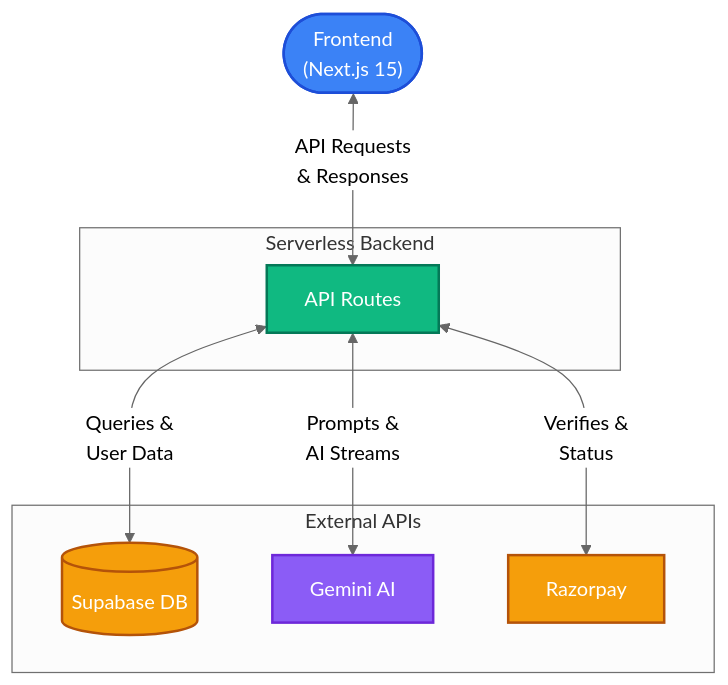
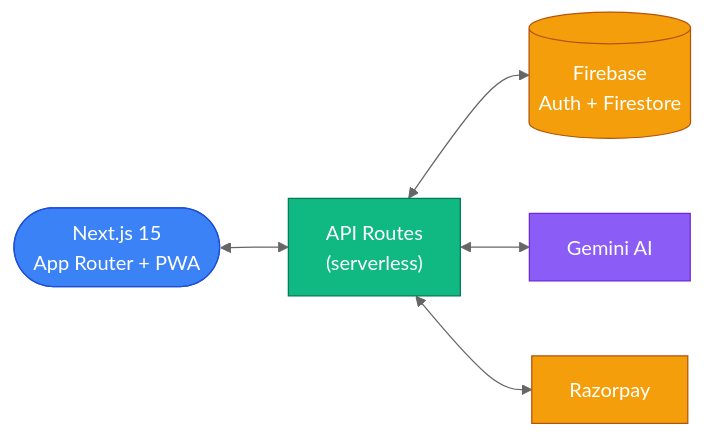
The first of 2 diagrams in README.md (divyanshus2404/BlueBottleCap-Saas), drawn with Mermaid (neutral theme) before and after one commit. The commit also changed other lines of this file, not shown here.

Commit message:
Redesign README: minimal layout, fix Supabase→Firebase, contributor-first sections

````diff
--- a/README.md
+++ b/README.md
@@ -87,31 +33,20 @@
 ```mermaid
-%%{init: {"flowchart": {"nodeSpacing": 60, "rankSpacing": 60}}}%%
-graph TD
-    UI(["Frontend<br/>(Next.js 15)"]) 
+%%{init: {"flowchart": {"nodeSpacing": 60, "rankSpacing": 55}}}%%
+graph LR
+    UI(["Next.js 15<br/>App Router + PWA"])
+    API["API Routes<br/>(serverless)"]
+    DB[("Firebase<br/>Auth + Firestore")]
+    AI["Gemini AI"]
+    Pay["Razorpay"]
 
-    subgraph Backend [Serverless Backend]
-        API["API Routes"]
-    end
+    UI <--> API
+    API <--> DB
+    API <--> AI
+    API <--> Pay
 
-    subgraph Services [External APIs]
-        DB[("Supabase DB")]
-        AI["Gemini AI"]
-        Pay["Razorpay"]
-    end
-
-    UI <-->|API Requests<br/>& Responses| API
-    
-    API <-->|Queries &<br/>User Data| DB
-    API <-->|Prompts &<br/>AI Streams| AI
-    API <-->|Verifies &<br/>Status| Pay
-
-    classDef ui fill:#3B82F6,stroke:#1D4ED8,stroke-width:2px,color:#fff;
-    classDef api fill:#10B981,stroke:#047857,stroke-width:2px,color:#fff;
-    classDef db fill:#F59E0B,stroke:#B45309,stroke-width:2px,color:#fff;
-    classDef ai fill:#8B5CF6,stroke:#6D28D9,stroke-width:2px,color:#fff;
-    
-    class UI ui;
-    class API api;
-    class DB,Pay db;
-    class AI ai;
+    classDef ui fill:#3B82F6,stroke:#1D4ED8,color:#fff;
+    classDef api fill:#10B981,stroke:#047857,color:#fff;
+    classDef ext fill:#F59E0B,stroke:#B45309,color:#fff;
+    classDef ai fill:#8B5CF6,stroke:#6D28D9,color:#fff;
+    class UI ui; class API api; class DB,Pay ext; class AI ai;
 ```
````
